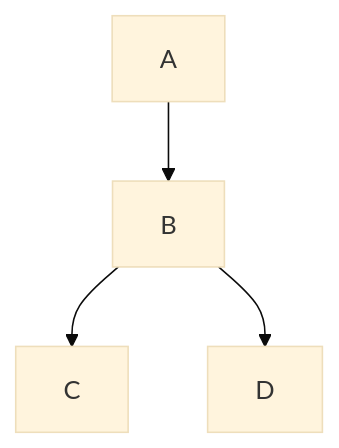
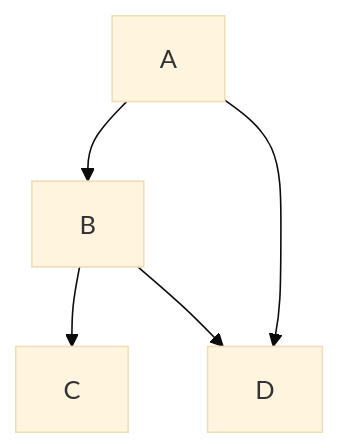
Before and after one commit to tobdos/ghpages-dogygen: the diagram in docs/index.md, drawn with Mermaid (base theme).

````diff
--- a/docs/index.md
+++ b/docs/index.md
@@ -15,6 +15,7 @@
 ```mermaid
 graph TD;
     A-->B;
     B-->C;
+    A-->D;
     B-->D;
 ```
````
